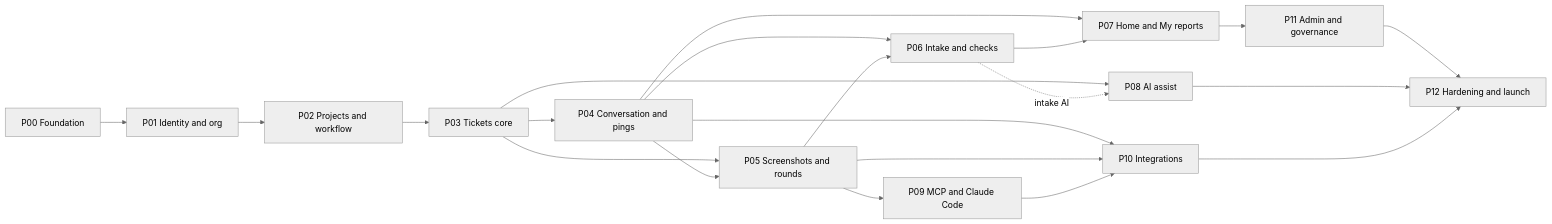
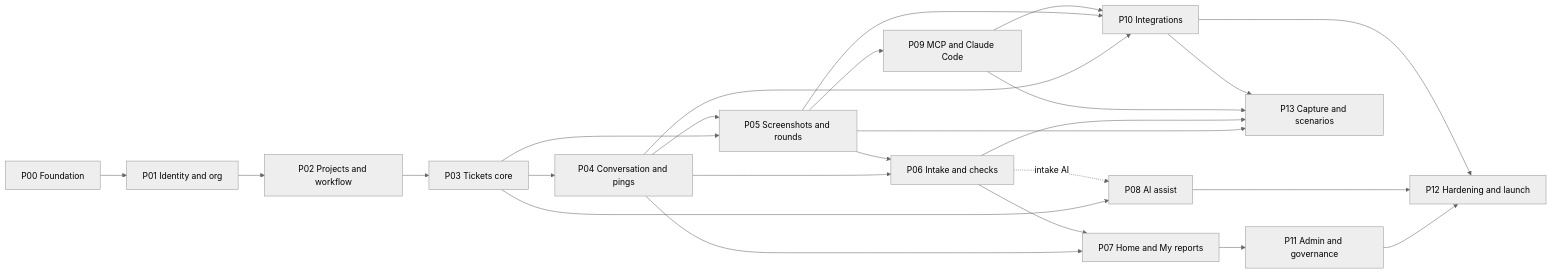
One commit to Mir-Zairan/pinround-symfony changed the diagram in docs/05-plan/README.md. Above: the diagram before and after it, drawn with Mermaid (neutral theme). The commit also changed other lines of this file and 9 other files, not shown here.

````diff
--- a/docs/05-plan/README.md
+++ b/docs/05-plan/README.md
@@ -60,23 +61,27 @@
 ```mermaid
 flowchart LR
   P00[P00 Foundation] --> P01[P01 Identity and org]
   P01 --> P02[P02 Projects and workflow]
   P02 --> P03[P03 Tickets core]
   P03 --> P04[P04 Conversation and pings]
   P03 --> P05[P05 Screenshots and rounds]
   P04 --> P05
   P03 --> P08[P08 AI assist]
   P04 --> P06[P06 Intake and checks]
   P05 --> P06
   P05 --> P09[P09 MCP and Claude Code]
   P04 --> P07[P07 Home and My reports]
   P06 --> P07
   P06 -.intake AI.-> P08
   P04 --> P10[P10 Integrations]
   P05 --> P10
   P09 --> P10
   P07 --> P11[P11 Admin and governance]
   P11 --> P12[P12 Hardening and launch]
   P08 --> P12
   P10 --> P12
+  P05 --> P13[P13 Capture and scenarios]
+  P06 --> P13
+  P09 --> P13
+  P10 --> P13
 ```
````
